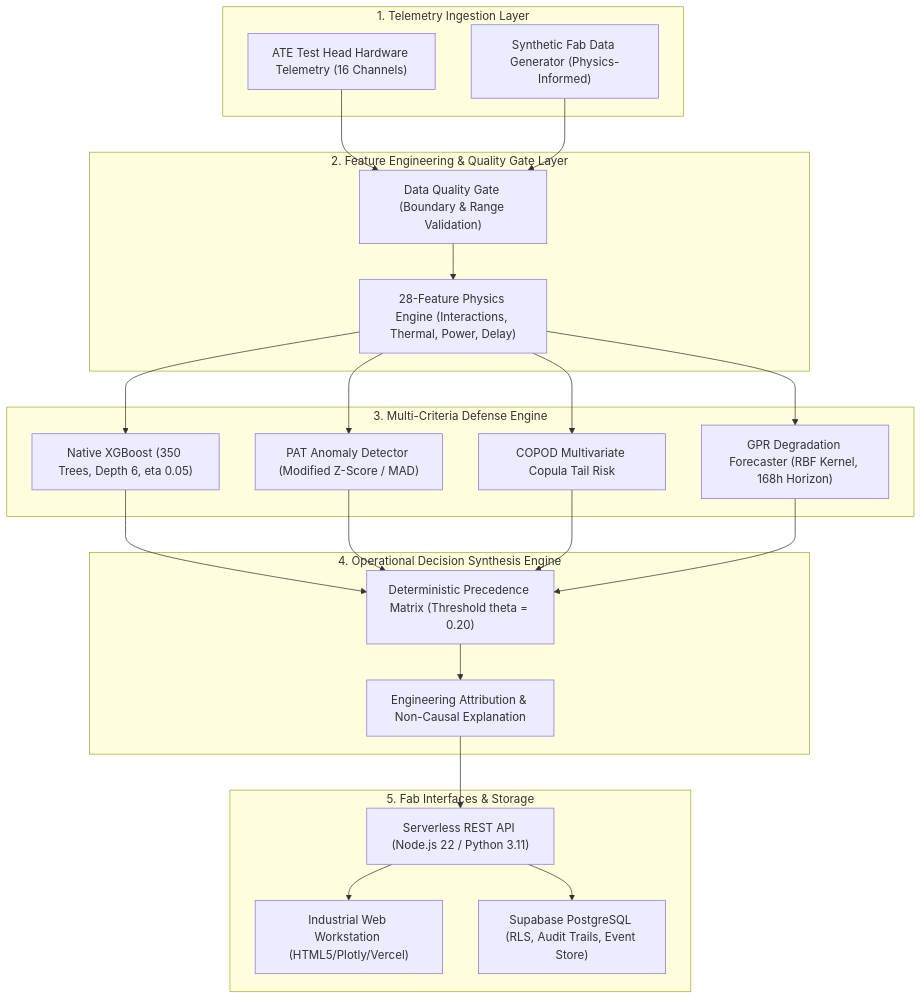
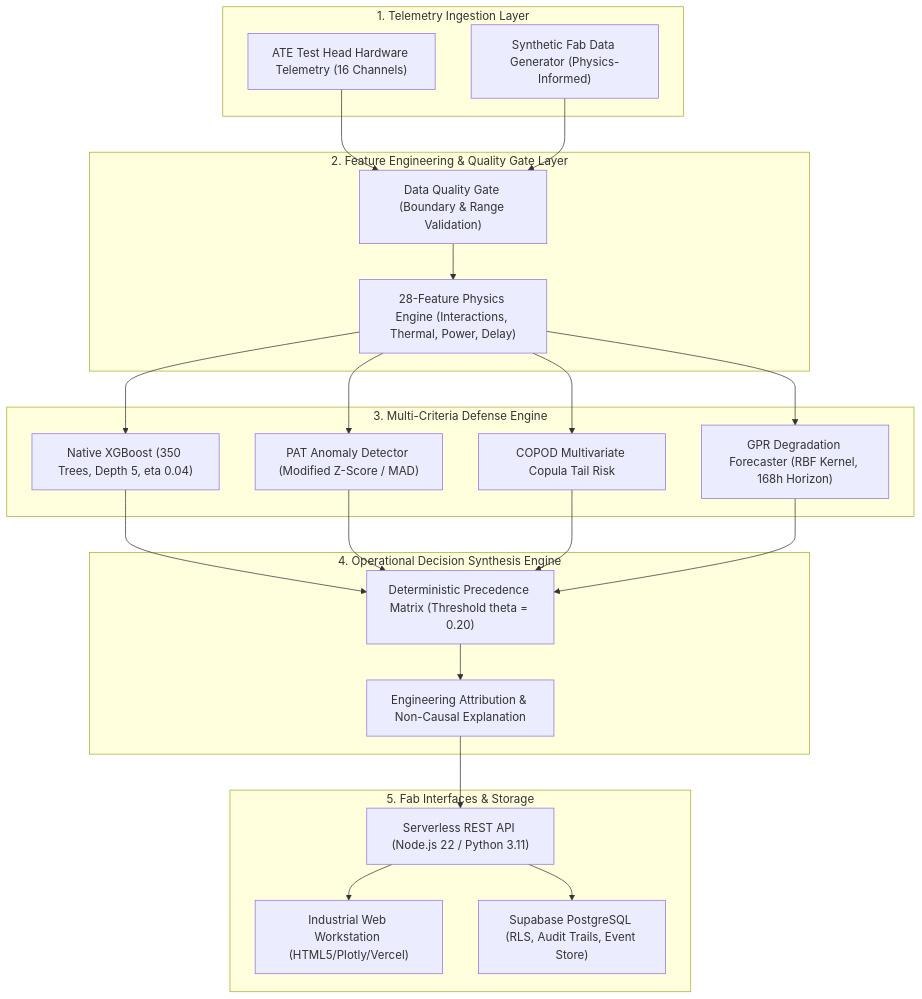
The diagram in CONTENT.md (umeshpandeysh/predicta-26), drawn with Mermaid before and after one commit. The commit also changed other lines of this file and 3 other files, not shown here.

````diff
--- a/CONTENT.md
+++ b/CONTENT.md
@@ -75,46 +75,46 @@
 ```mermaid
 flowchart TD
     subgraph INGESTION["1. Telemetry Ingestion Layer"]
         ATE["ATE Test Head Hardware Telemetry (16 Channels)"]
         SYNTH["Synthetic Fab Data Generator (Physics-Informed)"]
     end
 
     subgraph PREPROC["2. Feature Engineering & Quality Gate Layer"]
         VAL["Data Quality Gate (Boundary & Range Validation)"]
         FE["28-Feature Physics Engine (Interactions, Thermal, Power, Delay)"]
     end
 
     subgraph ENSEMBLE["3. Multi-Criteria Defense Engine"]
-        XGB["Native XGBoost (350 Trees, Depth 6, eta 0.05)"]
+        XGB["Native XGBoost (350 Trees, Depth 5, eta 0.04)"]
         PAT["PAT Anomaly Detector (Modified Z-Score / MAD)"]
         COPOD["COPOD Multivariate Copula Tail Risk"]
         GPR["GPR Degradation Forecaster (RBF Kernel, 168h Horizon)"]
     end
 
     subgraph DISPOSITION["4. Operational Decision Synthesis Engine"]
         RULES["Deterministic Precedence Matrix (Threshold theta = 0.20)"]
         EXP["Engineering Attribution & Non-Causal Explanation"]
     end
 
     subgraph CONSUMPTION["5. Fab Interfaces & Storage"]
         DASH["Industrial Web Workstation (HTML5/Plotly/Vercel)"]
         API["Serverless REST API (Node.js 22 / Python 3.11)"]
         DB["Supabase PostgreSQL (RLS, Audit Trails, Event Store)"]
     end
 
     ATE --> VAL
     SYNTH --> VAL
     VAL --> FE
     FE --> XGB
     FE --> PAT
     FE --> COPOD
     FE --> GPR
     XGB --> RULES
     PAT --> RULES
     COPOD --> RULES
     GPR --> RULES
     RULES --> EXP
     EXP --> API
     API --> DASH
     API --> DB
 ```
````
